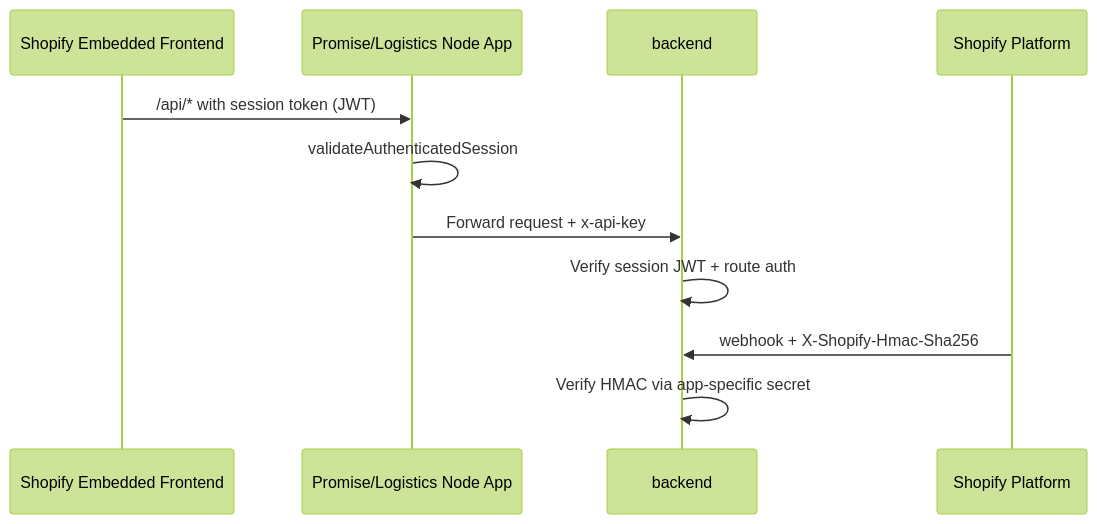
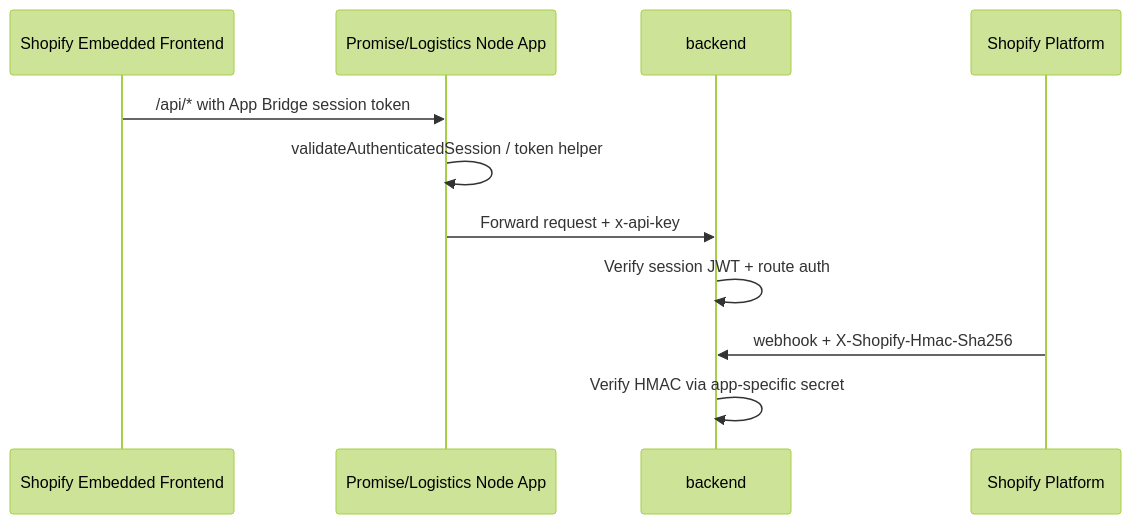
Before and after one commit to princesaliya4922/fynd-logistics-docs: the fifth of 6 diagrams in docs/00-overview/ecosystem-map.md, drawn with Mermaid (forest theme). The commit also changed other lines of this file and 48 other files, not shown here.

````diff
--- a/docs/00-overview/ecosystem-map.md
+++ b/docs/00-overview/ecosystem-map.md
@@ -228,14 +228,14 @@
 ```mermaid
 sequenceDiagram
     participant Browser as Shopify Embedded Frontend
     participant App as Promise/Logistics Node App
     participant Backend as backend
     participant Shopify as Shopify Platform
 
-    Browser->>App: /api/* with session token (JWT)
-    App->>App: validateAuthenticatedSession
+    Browser->>App: /api/* with App Bridge session token
+    App->>App: validateAuthenticatedSession / token helper
     App->>Backend: Forward request + x-api-key
     Backend->>Backend: Verify session JWT + route auth
     Shopify->>Backend: webhook + X-Shopify-Hmac-Sha256
     Backend->>Backend: Verify HMAC via app-specific secret
 ```
````
